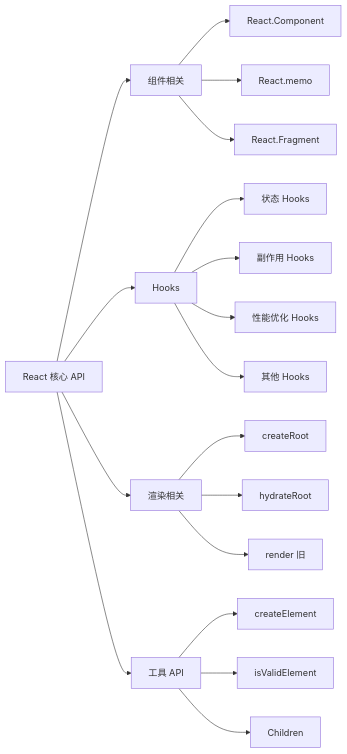
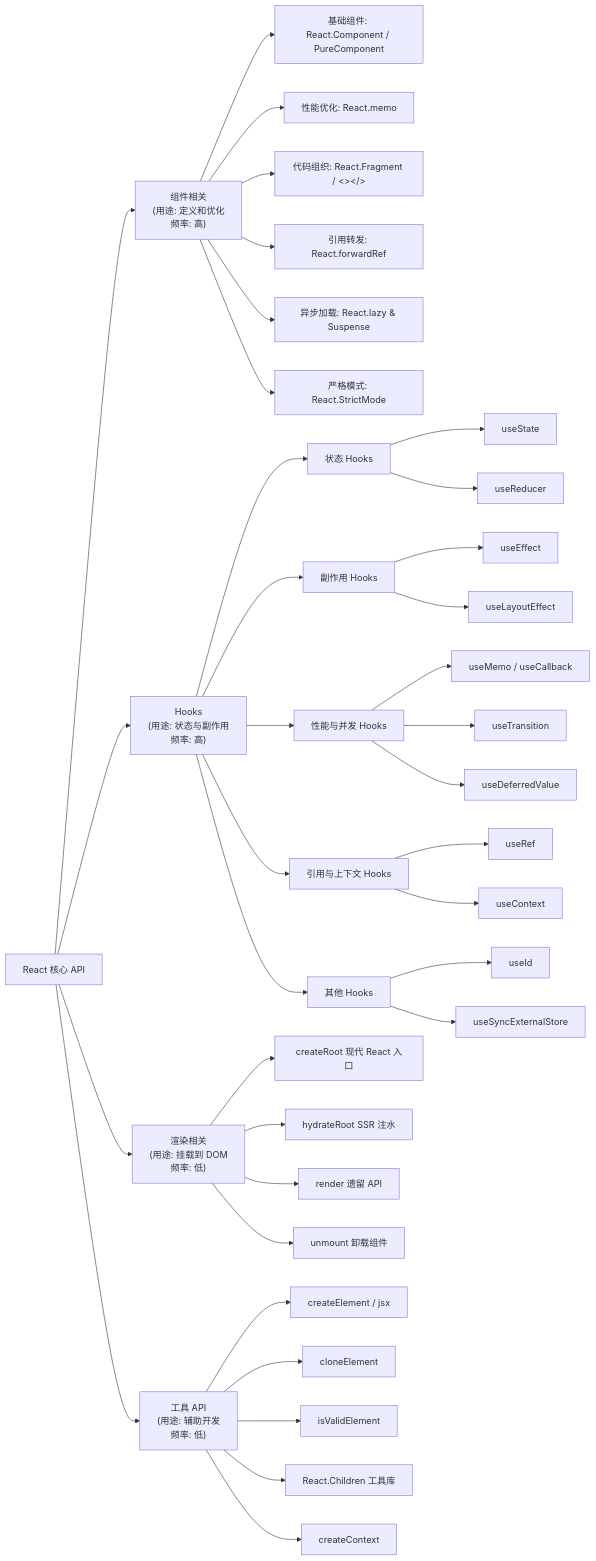
One commit to tnotesjs/TNotes.react changed the diagram in notes/0076. React 核心 API 概览/README.md. Above: the diagram before and after it, drawn with Mermaid. The commit also changed other lines of this file and 4 other files, not shown here.

````diff
--- a/notes/0076. React 核心 API 概览/README.md
+++ b/notes/0076. React 核心 API 概览/README.md
@@ -37,24 +40,50 @@
 ```mermaid
 graph LR
-    A[React 核心 API] --> B[组件相关]
-    A --> C[Hooks]
-    A --> D[渲染相关]
-    A --> E[工具 API]
+    A[React 核心 API] --> B["组件相关<br/>(用途: 定义和优化<br/>频率: 高)"]
+    A --> C["Hooks<br/>(用途: 状态与副作用<br/>频率: 高)"]
+    A --> D["渲染相关<br/>(用途: 挂载到 DOM<br/>频率: 低)"]
+    A --> E["工具 API<br/>(用途: 辅助开发<br/>频率: 低)"]
 
-    B --> B1[React.Component]
-    B --> B2[React.memo]
-    B --> B3[React.Fragment]
+    %% 组件相关扩充
+    B --> B1[基础组件: React.Component / PureComponent]
+    B --> B2[性能优化: React.memo]
+    B --> B3[代码组织: React.Fragment / &lt;&gt;&lt;/&gt;]
+    B --> B4[引用转发: React.forwardRef]
+    B --> B5[异步加载: React.lazy & Suspense]
+    B --> B6[严格模式: React.StrictMode]
 
+    %% Hooks 分类扩充
     C --> C1[状态 Hooks]
+    C1 --> C1a[useState]
+    C1 --> C1b[useReducer]
+
     C --> C2[副作用 Hooks]
-    C --> C3[性能优化 Hooks]
-    C --> C4[其他 Hooks]
+    C2 --> C2a[useEffect]
+    C2 --> C2b[useLayoutEffect]
 
-    D --> D1[createRoot]
-    D --> D2[hydrateRoot]
-    D --> D3[render 旧]
+    C --> C3[性能与并发 Hooks]
+    C3 --> C3a[useMemo / useCallback]
+    C3 --> C3b[useTransition]
+    C3 --> C3c[useDeferredValue]
 
-    E --> E1[createElement]
-    E --> E2[isValidElement]
-    E --> E3[Children]
+    C --> C4[引用与上下文 Hooks]
+    C4 --> C4a[useRef]
+    C4 --> C4b[useContext]
+
+    C --> C5[其他 Hooks]
+    C5 --> C5a[useId]
+    C5 --> C5b[useSyncExternalStore]
+
+    %% 渲染相关明确
+    D --> D1[createRoot 现代 React 入口]
+    D --> D2[hydrateRoot SSR 注水]
+    D --> D3[render 遗留 API]
+    D --> D4[unmount 卸载组件]
+
+    %% 工具 API 补充
+    E --> E1[createElement / jsx]
+    E --> E2[cloneElement]
+    E --> E3[isValidElement]
+    E --> E4[React.Children 工具库]
+    E --> E5[createContext]
 ```
````
